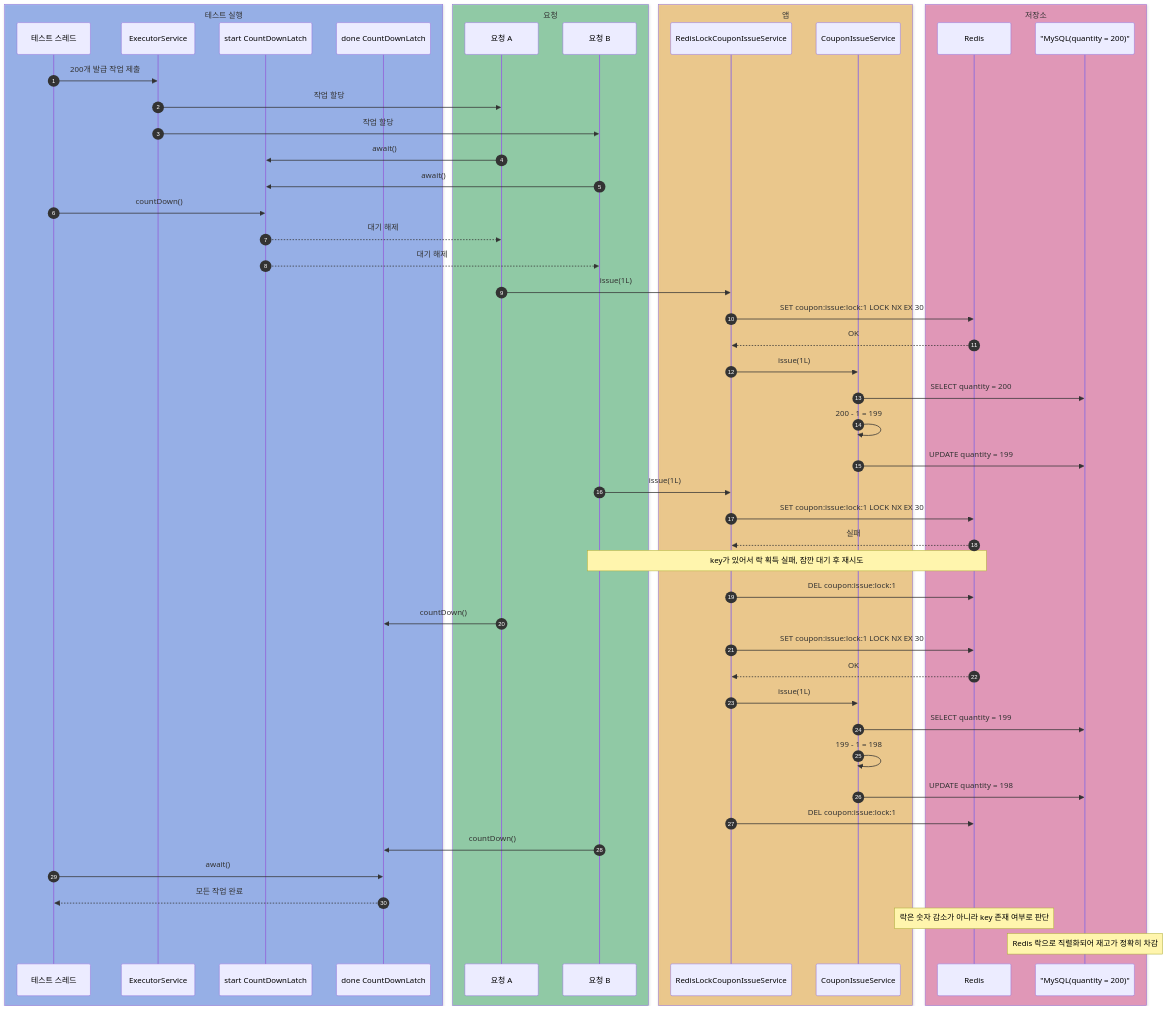
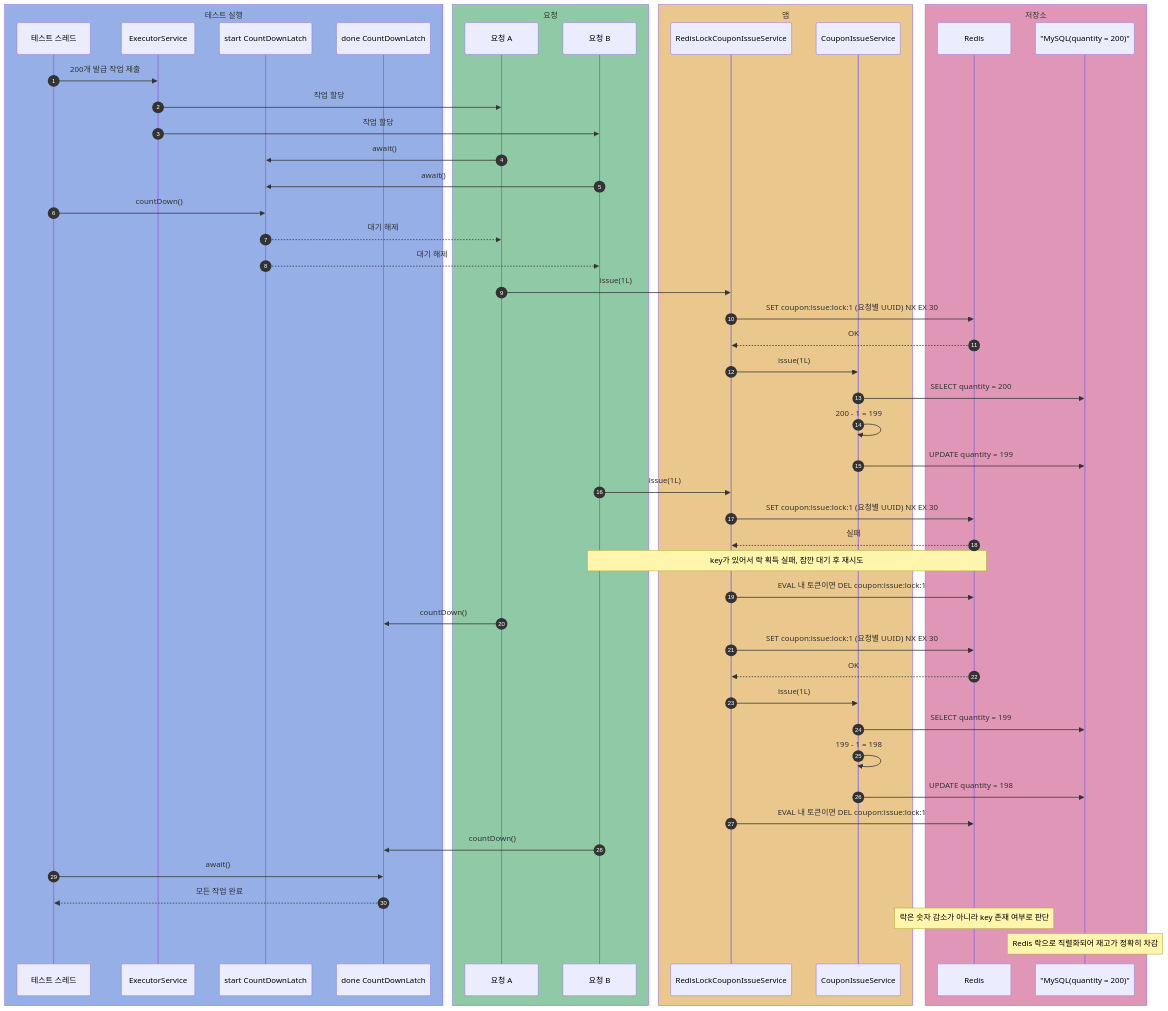
The seventh of 9 diagrams in labs/coupon-issue/README.md (HJC96/deep-dive), drawn with Mermaid before and after one commit. The commit also changed other lines of this file and 5 other files, not shown here.

First line of the commit message:
fix: coupon-issue Redis 락 토큰 해제·네임드 락 획득 실패 처리

````diff
--- a/labs/coupon-issue/README.md
+++ b/labs/coupon-issue/README.md
@@ -706,63 +724,63 @@
 ```mermaid
 sequenceDiagram
     autonumber
     box rgba(37, 99, 235, 0.40) 테스트 실행
     participant Test as 테스트 스레드
     participant Executor as ExecutorService
     participant StartLatch as start CountDownLatch
     participant DoneLatch as done CountDownLatch
     end
     box rgba(22, 163, 74, 0.40) 요청
     participant A as 요청 A
     participant B as 요청 B
     end
     box rgba(245, 158, 11, 0.40) 앱
     participant RedisService as RedisLockCouponIssueService
     participant CouponService as CouponIssueService
     end
     box rgba(219, 39, 119, 0.40) 저장소
     participant Redis as Redis
     participant DB as "MySQL(quantity = 200)"
     end
 
     Test->>Executor: 200개 발급 작업 제출
     Executor->>A: 작업 할당
     Executor->>B: 작업 할당
     A->>StartLatch: await()
     B->>StartLatch: await()
 
     Test->>StartLatch: countDown()
     StartLatch-->>A: 대기 해제
     StartLatch-->>B: 대기 해제
 
     A->>RedisService: issue(1L)
-    RedisService->>Redis: SET coupon:issue:lock:1 LOCK NX EX 30
+    RedisService->>Redis: SET coupon:issue:lock:1 (요청별 UUID) NX EX 30
     Redis-->>RedisService: OK
     RedisService->>CouponService: issue(1L)
     CouponService->>DB: SELECT quantity = 200
     CouponService->>CouponService: 200 - 1 = 199
     CouponService->>DB: UPDATE quantity = 199
 
     B->>RedisService: issue(1L)
-    RedisService->>Redis: SET coupon:issue:lock:1 LOCK NX EX 30
+    RedisService->>Redis: SET coupon:issue:lock:1 (요청별 UUID) NX EX 30
     Redis-->>RedisService: 실패
     Note over B,Redis: key가 있어서 락 획득 실패, 잠깐 대기 후 재시도
 
-    RedisService->>Redis: DEL coupon:issue:lock:1
+    RedisService->>Redis: EVAL 내 토큰이면 DEL coupon:issue:lock:1
     A->>DoneLatch: countDown()
 
-    RedisService->>Redis: SET coupon:issue:lock:1 LOCK NX EX 30
+    RedisService->>Redis: SET coupon:issue:lock:1 (요청별 UUID) NX EX 30
     Redis-->>RedisService: OK
     RedisService->>CouponService: issue(1L)
     CouponService->>DB: SELECT quantity = 199
     CouponService->>CouponService: 199 - 1 = 198
     CouponService->>DB: UPDATE quantity = 198
-    RedisService->>Redis: DEL coupon:issue:lock:1
+    RedisService->>Redis: EVAL 내 토큰이면 DEL coupon:issue:lock:1
     B->>DoneLatch: countDown()
 
     Test->>DoneLatch: await()
     DoneLatch-->>Test: 모든 작업 완료
 
     Note over Redis: 락은 숫자 감소가 아니라 key 존재 여부로 판단
     Note over DB: Redis 락으로 직렬화되어 재고가 정확히 차감
 ```
````
